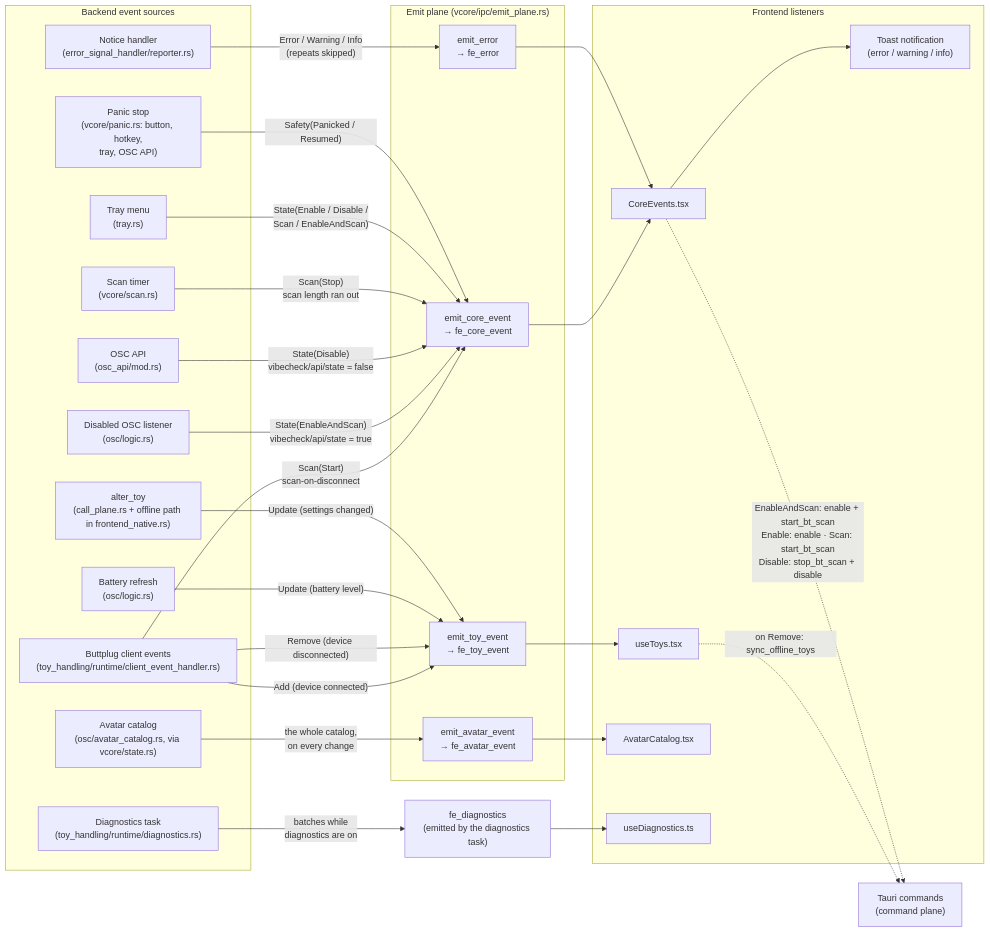
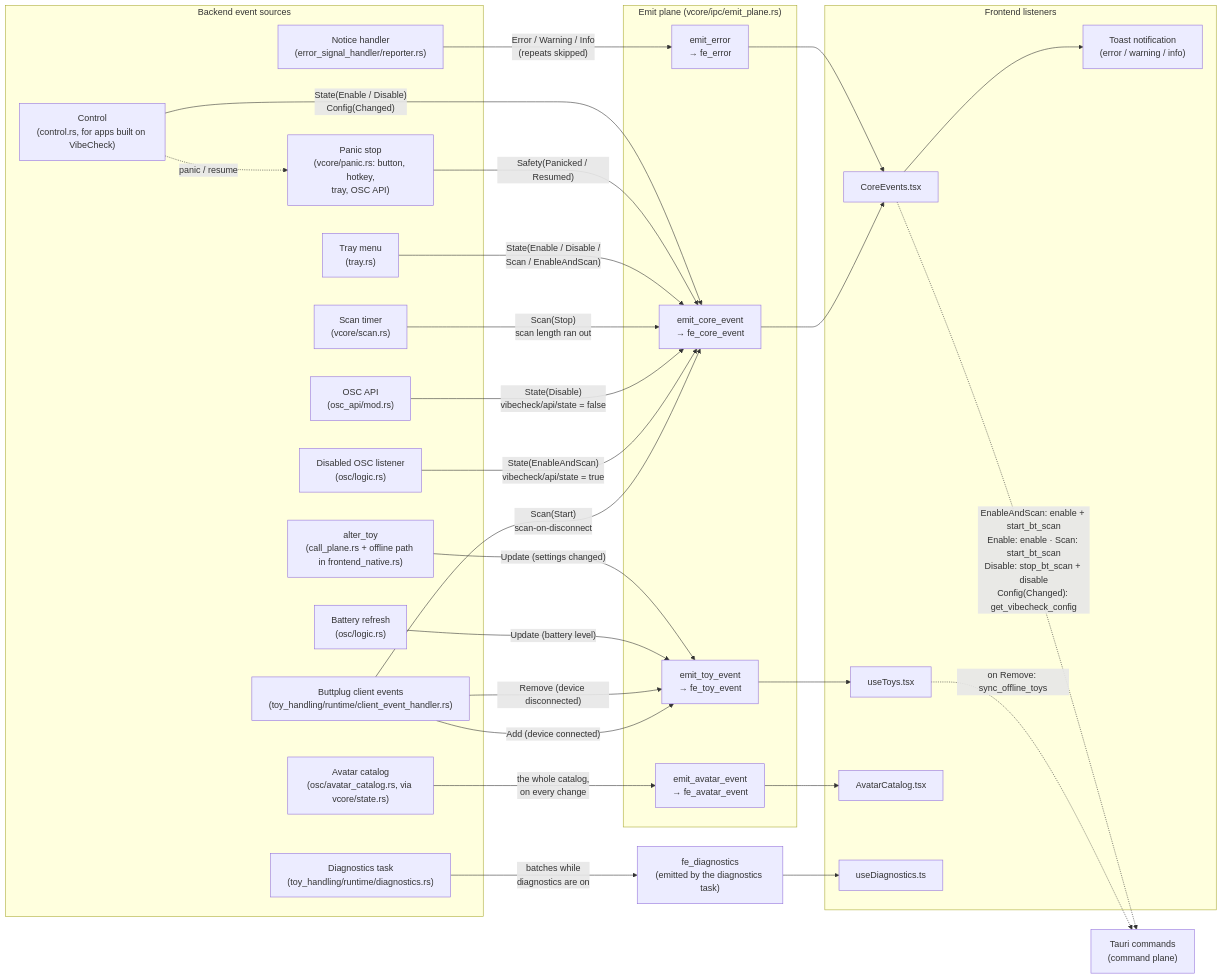
The diagram in docs/ipc/emit-plane.md (SutekhVRC/VibeCheck), drawn with Mermaid before and after one commit. The commit also changed other lines of this file and 12 other files, not shown here.

First line of the commit message:
Control: the app's state and main actions for apps built on VibeCheck (#104)

````diff
--- a/docs/ipc/emit-plane.md
+++ b/docs/ipc/emit-plane.md
@@ -10,58 +10,61 @@
 ```mermaid
 flowchart LR
   subgraph SRC["Backend event sources"]
     BCE["Buttplug client events<br/>(toy_handling/runtime/client_event_handler.rs)"]
     OSCL["Disabled OSC listener<br/>(osc/logic.rs)"]
     BAT["Battery refresh<br/>(osc/logic.rs)"]
     API["OSC API<br/>(osc_api/mod.rs)"]
     ALT["alter_toy<br/>(call_plane.rs + offline path in frontend_native.rs)"]
     ERR["Notice handler<br/>(error_signal_handler/reporter.rs)"]
     SCN["Scan timer<br/>(vcore/scan.rs)"]
     TRAY["Tray menu<br/>(tray.rs)"]
     PAN["Panic stop<br/>(vcore/panic.rs: button, hotkey,<br/>tray, OSC API)"]
     CAT["Avatar catalog<br/>(osc/avatar_catalog.rs, via vcore/state.rs)"]
+    CTL["Control<br/>(control.rs, for apps built on VibeCheck)"]
     DIA["Diagnostics task<br/>(toy_handling/runtime/diagnostics.rs)"]
   end
 
   subgraph EP["Emit plane (vcore/ipc/emit_plane.rs)"]
     ETE["emit_toy_event<br/>→ fe_toy_event"]
     ECE["emit_core_event<br/>→ fe_core_event"]
     EER["emit_error<br/>→ fe_error"]
     EAV["emit_avatar_event<br/>→ fe_avatar_event"]
   end
   EDI["fe_diagnostics<br/>(emitted by the diagnostics task)"]
 
   subgraph FE["Frontend listeners"]
     UT["useToys.tsx"]
     CE["CoreEvents.tsx"]
     TOAST["Toast notification<br/>(error / warning / info)"]
     AC["AvatarCatalog.tsx"]
     DG["useDiagnostics.ts"]
   end
 
   CMDS["Tauri commands<br/>(command plane)"]
 
   BCE -- "Add (device connected)" --> ETE
   BCE -- "Remove (device disconnected)" --> ETE
   BCE -- "Scan(Start)<br/>scan-on-disconnect" --> ECE
   BAT -- "Update (battery level)" --> ETE
   ALT -- "Update (settings changed)" --> ETE
   OSCL -- "State(EnableAndScan)<br/>vibecheck/api/state = true" --> ECE
   API -- "State(Disable)<br/>vibecheck/api/state = false" --> ECE
   SCN -- "Scan(Stop)<br/>scan length ran out" --> ECE
   TRAY -- "State(Enable / Disable /<br/>Scan / EnableAndScan)" --> ECE
   PAN -- "Safety(Panicked / Resumed)" --> ECE
+  CTL -- "State(Enable / Disable)<br/>Config(Changed)" --> ECE
+  CTL -. "panic / resume" .-> PAN
   ERR -- "Error / Warning / Info<br/>(repeats skipped)" --> EER
   CAT -- "the whole catalog,<br/>on every change" --> EAV
   DIA -- "batches while<br/>diagnostics are on" --> EDI
 
   ETE --> UT
   ECE --> CE
   EER --> CE
   CE --> TOAST
   EAV --> AC
   EDI --> DG
 
   UT -. "on Remove: sync_offline_toys" .-> CMDS
-  CE -. "EnableAndScan: enable + start_bt_scan<br/>Enable: enable · Scan: start_bt_scan<br/>Disable: stop_bt_scan + disable" .-> CMDS
+  CE -. "EnableAndScan: enable + start_bt_scan<br/>Enable: enable · Scan: start_bt_scan<br/>Disable: stop_bt_scan + disable<br/>Config(Changed): get_vibecheck_config" .-> CMDS
 ```
````
